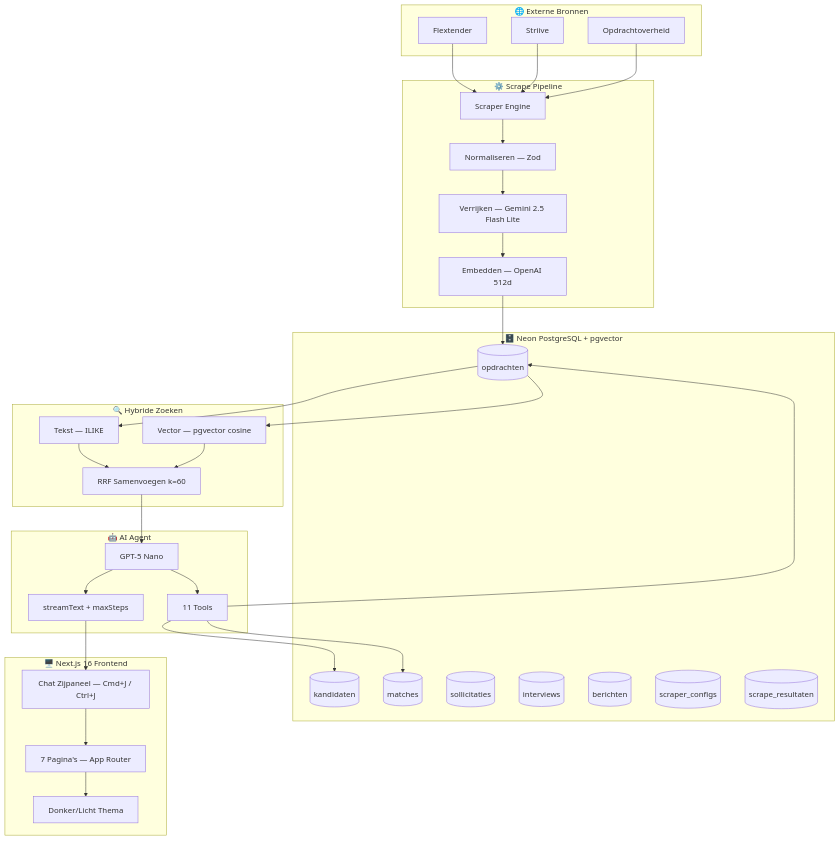
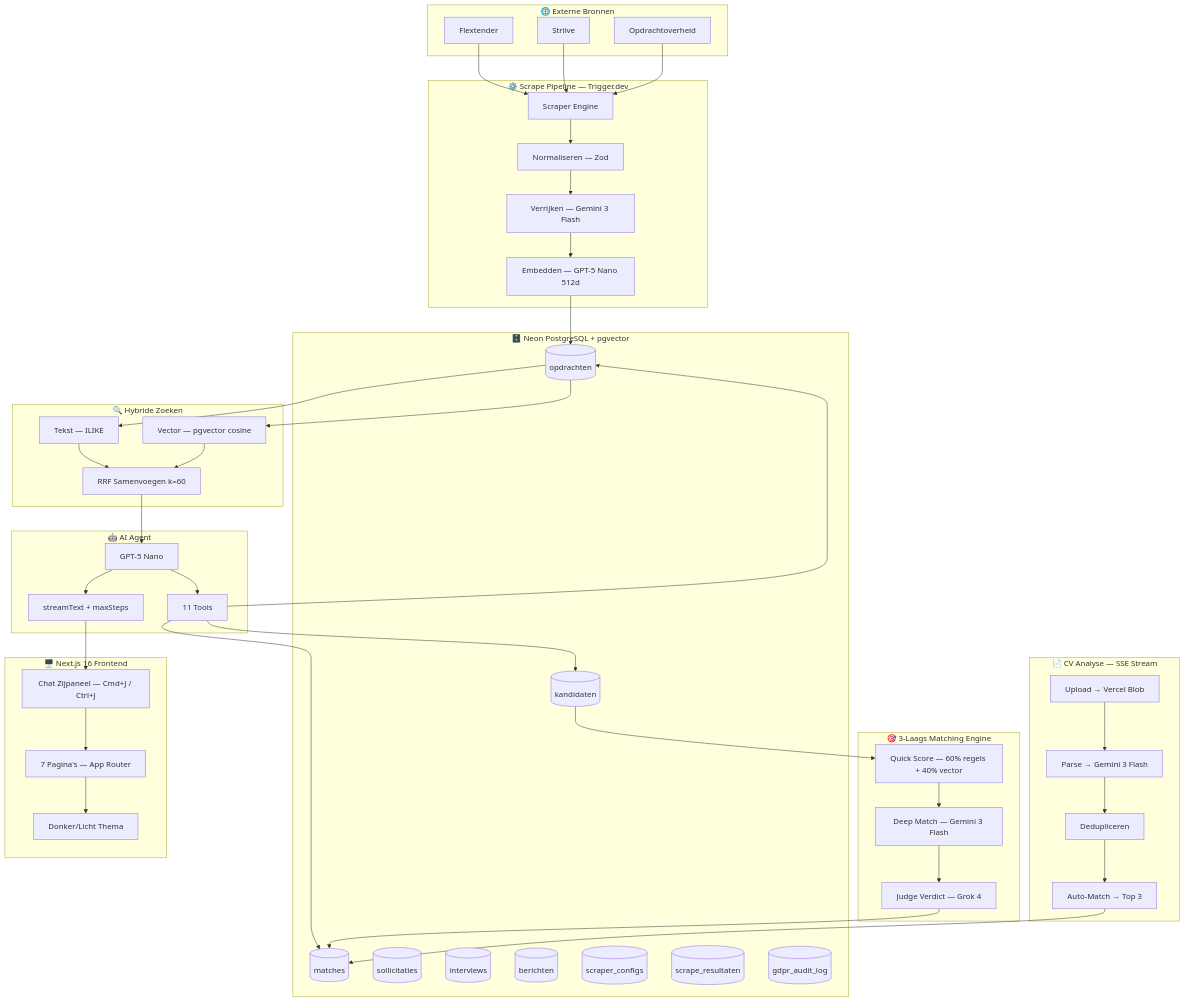
One commit to RyanLisse/motian changed the first of 11 diagrams in README.md. Above: the diagram before and after it, drawn with Mermaid. The commit also changed other lines of this file and 1 other file, not shown here.

First line of the commit message:
docs: update READMEs with 3-layer matching, CV pipeline, Trigger.dev, Grok 4

````diff
--- a/README.md
+++ b/README.md
@@ -34,64 +36,82 @@
 ```mermaid
 graph TB
     subgraph Bronnen["🌐 Externe Bronnen"]
         FX[Flextender]
         ST[Striive]
         OO[Opdrachtoverheid]
     end
 
-    subgraph Pipeline["⚙️ Scrape Pipeline"]
+    subgraph Pipeline["⚙️ Scrape Pipeline — Trigger.dev"]
         SC[Scraper Engine]
         NR[Normaliseren — Zod]
-        EN[Verrijken — Gemini 2.5 Flash Lite]
-        EM[Embedden — OpenAI 512d]
+        EN[Verrijken — Gemini 3 Flash]
+        EM[Embedden — GPT-5 Nano 512d]
     end
 
     subgraph DB["🗄️ Neon PostgreSQL + pgvector"]
         JOBS[(opdrachten)]
         CAND[(kandidaten)]
         MATCH[(matches)]
         APP[(sollicitaties)]
         INT[(interviews)]
         MSG[(berichten)]
         SCFG[(scraper_configs)]
         SRES[(scrape_resultaten)]
+        GDPR[(gdpr_audit_log)]
+    end
+
+    subgraph Matching["🎯 3-Laags Matching Engine"]
+        QS[Quick Score — 60% regels + 40% vector]
+        DM[Deep Match — Gemini 3 Flash]
+        JV[Judge Verdict — Grok 4]
+    end
+
+    subgraph CVPipeline["📄 CV Analyse — SSE Stream"]
+        UP[Upload → Vercel Blob]
+        PA[Parse → Gemini 3 Flash]
+        DD[Dedupliceren]
+        AM[Auto-Match → Top 3]
     end
 
     subgraph Zoeken["🔍 Hybride Zoeken"]
         TXT[Tekst — ILIKE]
         VEC[Vector — pgvector cosine]
         RRF[RRF Samenvoegen k=60]
     end
 
     subgraph AI["🤖 AI Agent"]
         AGENT[GPT-5 Nano]
         TOOLS[11 Tools]
         STREAM[streamText + maxSteps]
     end
 
     subgraph Frontend["🖥️ Next.js 16 Frontend"]
         PAGES[7 Pagina's — App Router]
         CHAT[Chat Zijpaneel — Cmd+J / Ctrl+J]
         THEME[Donker/Licht Thema]
     end
 
     FX --> SC
     ST --> SC
     OO --> SC
     SC --> NR --> EN --> EM --> JOBS
 
     JOBS --> TXT
     JOBS --> VEC
     TXT --> RRF
     VEC --> RRF
     RRF --> AGENT
 
     AGENT --> TOOLS
     TOOLS --> JOBS
     TOOLS --> CAND
     TOOLS --> MATCH
 
+    CAND --> QS --> DM --> JV --> MATCH
+
+    UP --> PA --> DD --> AM --> MATCH
+
     AGENT --> STREAM --> CHAT
     CHAT --> PAGES
     PAGES --> THEME
 ```
````
